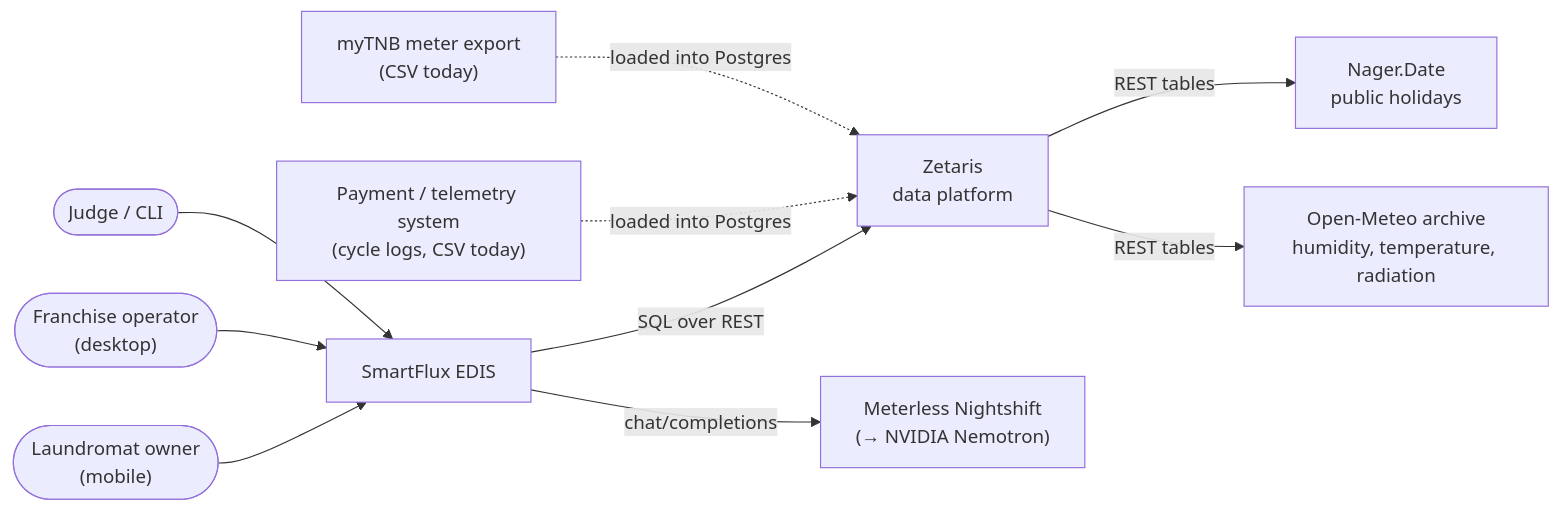
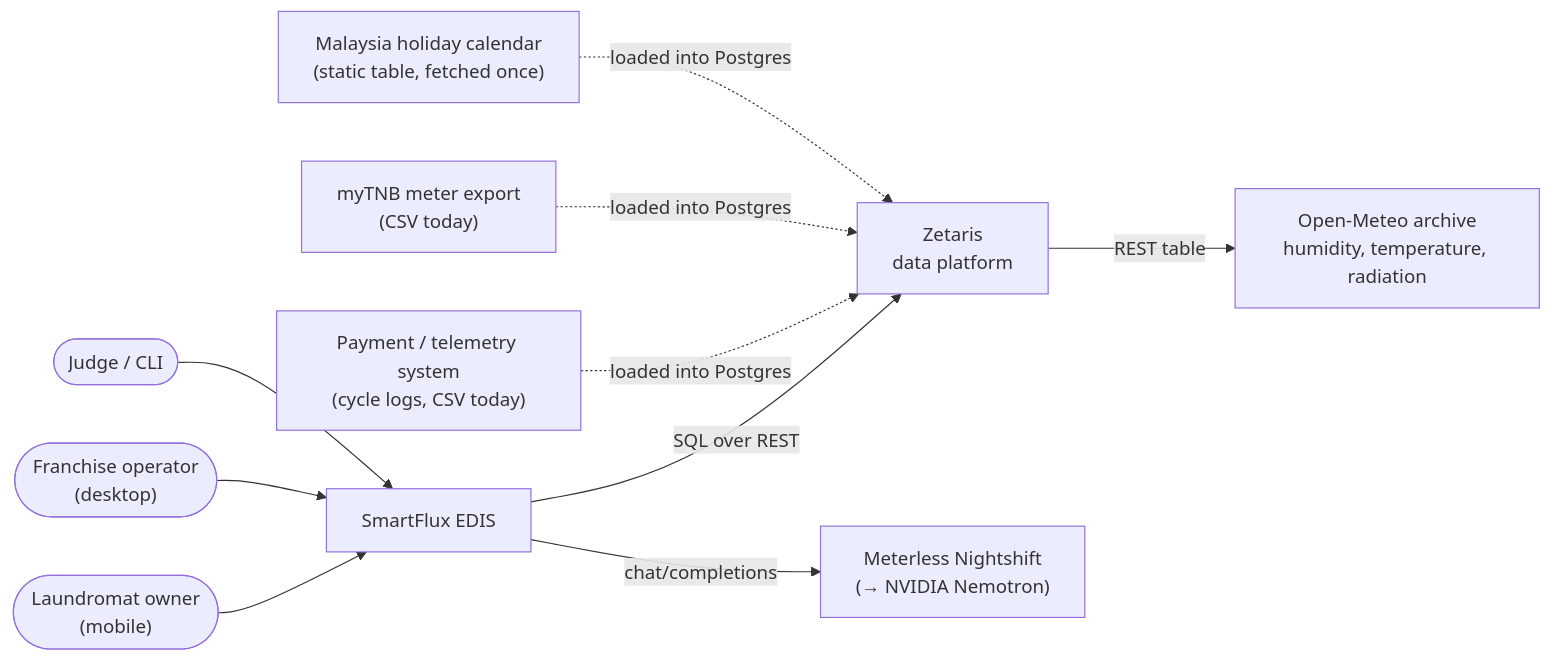
One commit to No0bmazt3r/SmartFlux-EDIS-Energy-Demand-Intelligence-System- changed the first of 5 diagrams in docs/architecture.md. Above: the diagram before and after it, drawn with Mermaid. The commit also changed 57 other files, not shown here.

````diff
--- a/docs/architecture.md
+++ b/docs/architecture.md
@@ -35,22 +35,23 @@
 ```mermaid
 flowchart LR
     owner(["Laundromat owner<br/>(mobile)"])
     op(["Franchise operator<br/>(desktop)"])
     judge(["Judge / CLI"])
     SF["SmartFlux EDIS"]
     Z["Zetaris<br/>data platform"]
     NS["Meterless Nightshift<br/>(→ NVIDIA Nemotron)"]
     PAY["Payment / telemetry system<br/>(cycle logs, CSV today)"]
     TNB["myTNB meter export<br/>(CSV today)"]
-    NAG["Nager.Date<br/>public holidays"]
+    NAG["Malaysia holiday calendar<br/>(static table, fetched once)"]
     OM["Open-Meteo archive<br/>humidity, temperature, radiation"]
 
     owner --> SF
     op --> SF
     judge --> SF
     SF -- "SQL over REST" --> Z
     SF -- "chat/completions" --> NS
     PAY -. "loaded into Postgres" .-> Z
     TNB -. "loaded into Postgres" .-> Z
-    Z -- "REST tables" --> NAG & OM
+    Z -- "REST table" --> OM
+    NAG -. "loaded into Postgres" .-> Z
 ```
````
